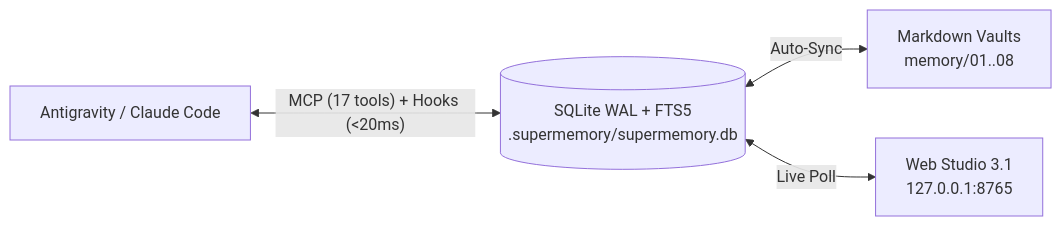
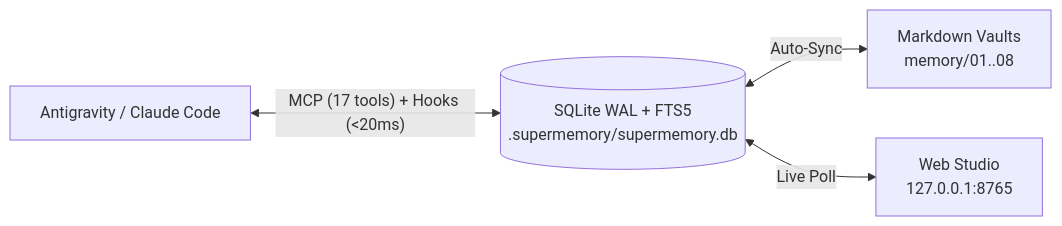
The diagram in README.md (vtnguyen04/research-supermemory), drawn with Mermaid before and after one commit. The commit also changed other lines of this file and 9 other files, not shown here.

````diff
--- a/README.md
+++ b/README.md
@@ -60,6 +60,6 @@
 ```mermaid
 flowchart LR
     A["Antigravity / Claude Code"] <-->|"MCP (17 tools) + Hooks (<20ms)"| B[("SQLite WAL + FTS5\n.supermemory/supermemory.db")]
     B <-->|"Auto-Sync"| C["Markdown Vaults\nmemory/01..08"]
-    B <-->|"Live Poll"| D["Web Studio 3.1\n127.0.0.1:8765"]
+    B <-->|"Live Poll"| D["Web Studio\n127.0.0.1:8765"]
 ```
````
